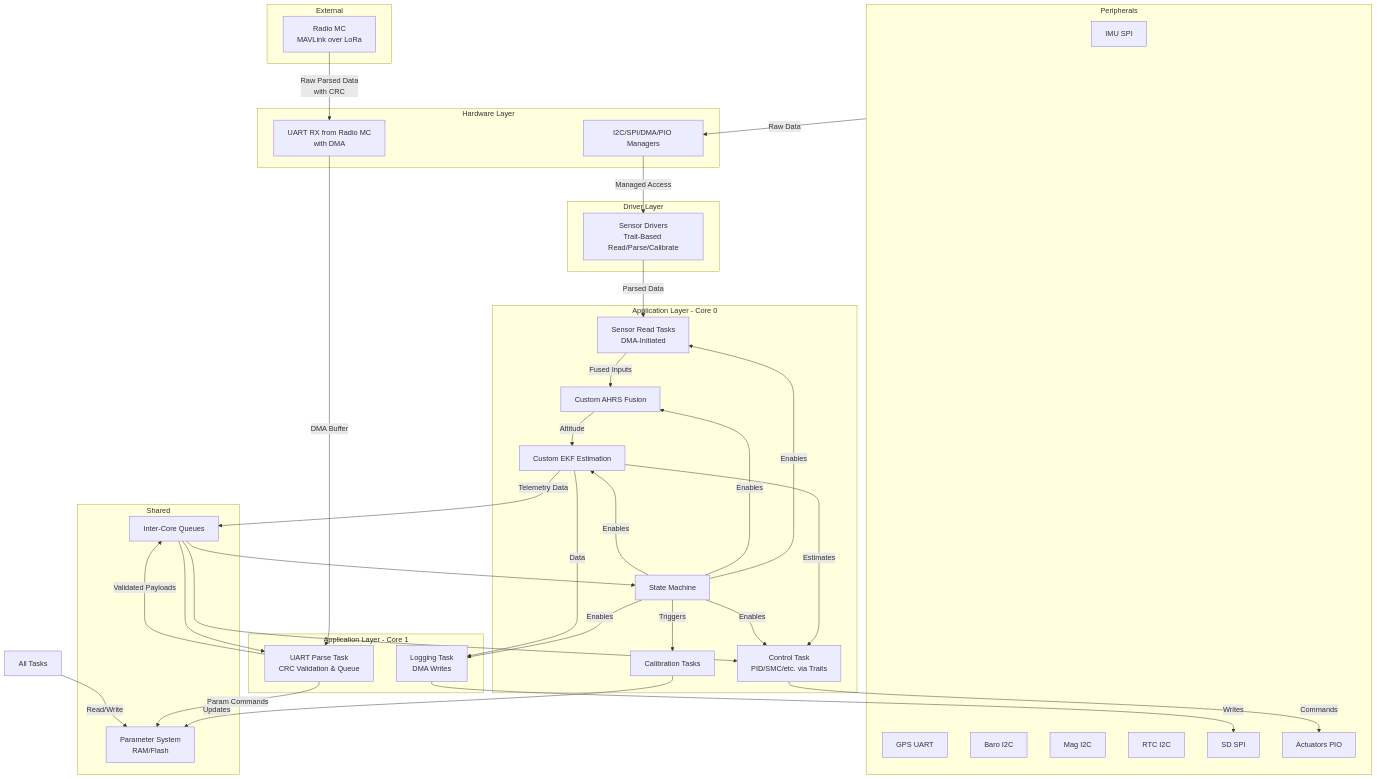
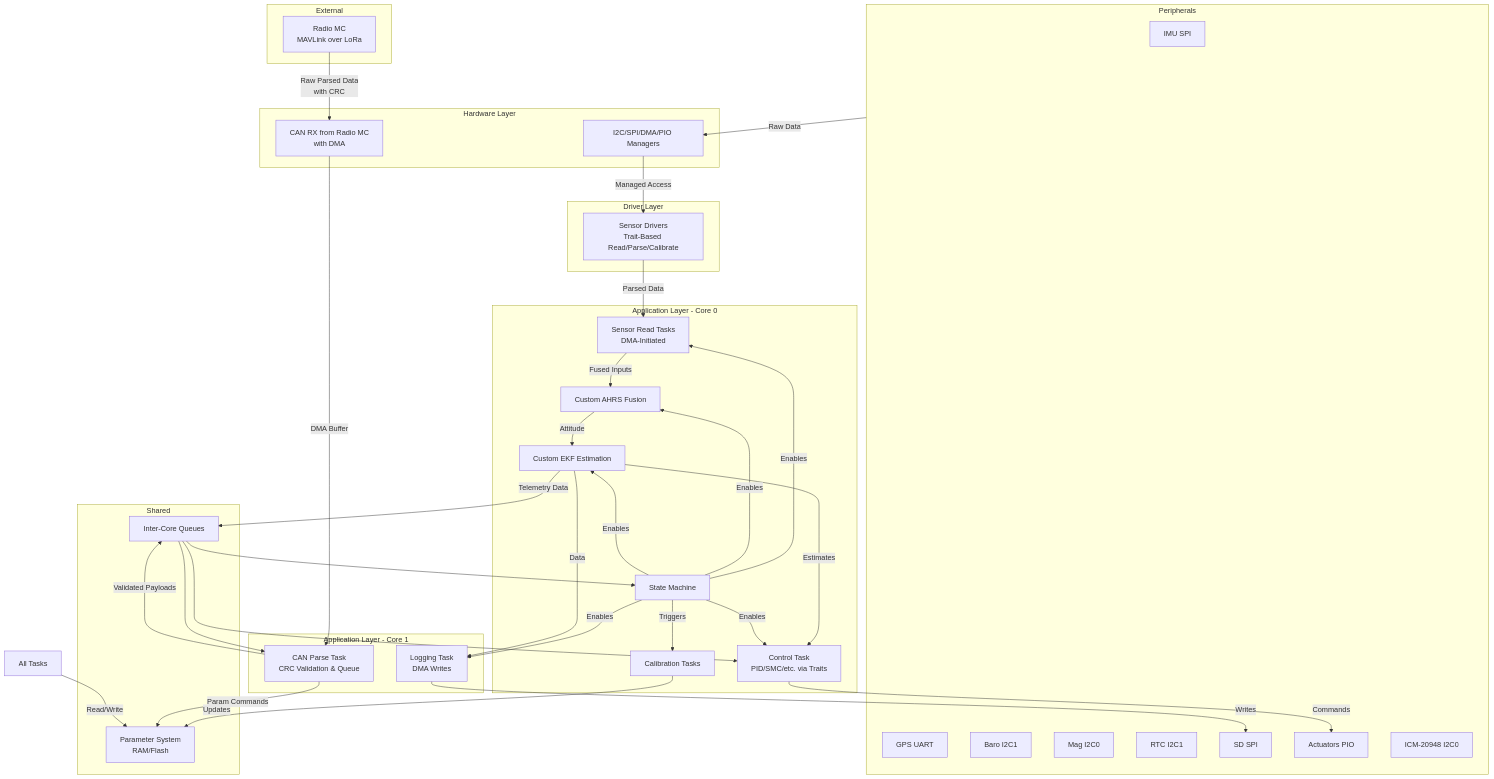
The first of 2 diagrams in docs/architecture.md (Lmx154/MARV), drawn with Mermaid before and after one commit. The commit also changed other lines of this file, not shown here.

Commit message:
architecture update

````diff
--- a/docs/architecture.md
+++ b/docs/architecture.md
@@ -80,70 +83,71 @@
 ```mermaid
 graph TD
     subgraph Peripherals
         IMU[IMU SPI]
         GPS[GPS UART]
-        Baro[Baro I2C]
-        Mag[Mag I2C]
-        RTC[RTC I2C]
+        Baro[Baro I2C1]
+        Mag[Mag I2C0]
+        RTC[RTC I2C1]
         SD[SD SPI]
         Actuators[Actuators PIO]
+        IMU2[ICM-20948 I2C0]
     end
 
     subgraph External
         RadioMC[Radio MC<br>MAVLink over LoRa]
     end
 
     subgraph Hardware Layer
         BusManagers[I2C/SPI/DMA/PIO Managers]
-        UartRx[UART RX from Radio MC<br>with DMA]
+        CanRx[CAN RX from Radio MC<br>with DMA]
     end
 
     subgraph Driver Layer
         SensorDrivers[Sensor Drivers<br>Trait-Based Read/Parse/Calibrate]
     end
 
     subgraph Application Layer - Core 0
         ReadTasks[Sensor Read Tasks<br>DMA-Initiated]
         AHRS[Custom AHRS Fusion]
         EKF[Custom EKF Estimation]
         Control[Control Task<br>PID/SMC/etc. via Traits]
         SM[State Machine]
         Cal[Calibration Tasks]
     end
 
     subgraph Application Layer - Core 1
         Log[Logging Task<br>DMA Writes]
-        UartParse[UART Parse Task<br>CRC Validation & Queue]
+        CanParse[CAN Parse Task<br>CRC Validation & Queue]
     end
 
     subgraph Shared
         Params[Parameter System<br>RAM/Flash]
         Queues[Inter-Core Queues]
     end
 
     Peripherals -->|Raw Data| BusManagers
     BusManagers -->|Managed Access| SensorDrivers
     SensorDrivers -->|Parsed Data| ReadTasks
     ReadTasks -->|Fused Inputs| AHRS
     AHRS -->|Attitude| EKF
     EKF -->|Estimates| Control
     Control -->|Commands| Actuators
     EKF -->|Telemetry Data| Queues
-    Queues --> UartParse
-    RadioMC -->|Raw Parsed Data<br>with CRC| UartRx
-    UartRx -->|DMA Buffer| UartParse
-    UartParse -->|Validated Payloads| Queues
+    Queues --> CanParse
+    RadioMC -->|Raw Parsed Data<br>with CRC| CanRx
+    CanRx -->|DMA Buffer| CanParse
+    CanParse -->|Validated Payloads| Queues
     Queues --> Control
     Queues --> SM
     SM -->|Enables| ReadTasks
     SM -->|Enables| AHRS
     SM -->|Enables| EKF
     SM -->|Enables| Control
     SM -->|Enables| Log
     SM -->|Triggers| Cal
     Cal -->|Updates| Params
-    UartParse -->|Param Commands| Params
+    CanParse -->|Param Commands| Params
     AllTasks[All Tasks] -->|Read/Write| Params
     EKF -->|Data| Log
     Log -->|Writes| SD
 ```
````
